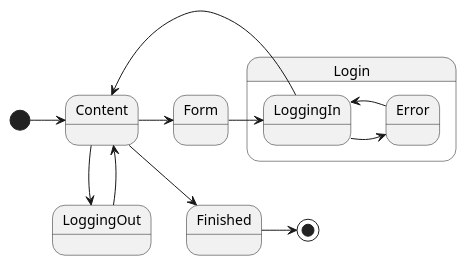
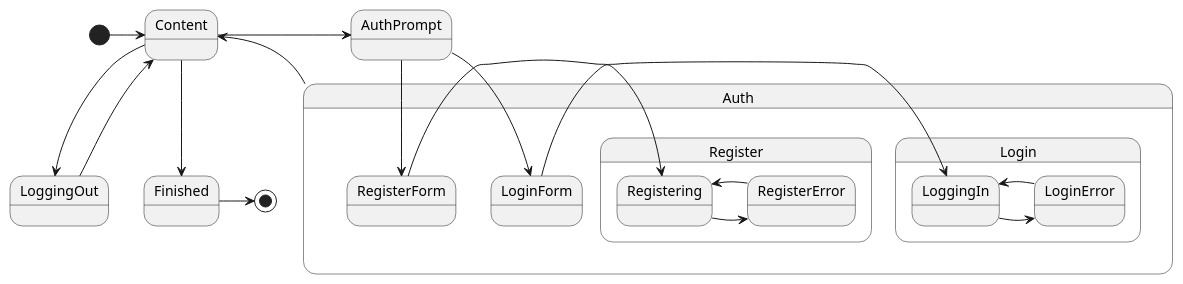
One commit to merion-networks/android-course changed the diagram in statemachine/statemachine/composeApp/src/commonMain/kotlin/com/motorro/statemachine/statemachine/App.puml. Above: the diagram before and after it, drawn with PlantUML. The commit also changed 37 other files, not shown here.

Commit message:
Modularized auth, login, registration Refs: #34

```diff
--- a/statemachine/statemachine/composeApp/src/commonMain/kotlin/com/motorro/statemachine/statemachine/App.puml
+++ b/statemachine/statemachine/composeApp/src/commonMain/kotlin/com/motorro/statemachine/statemachine/App.puml
@@ -1,22 +1,36 @@
 @startuml
 'https://plantuml.com/state-diagram
 
 [*] -> Content
 
-Content -> Form
+Content -> AuthPrompt
 Content -> LoggingOut
 Content --> Finished
 
 Finished -> [*]
 
-state Login {
-  state Form
-  Form -> LoggingIn
-  LoggingIn -> Error
-  Error -left-> LoggingIn
-  LoggingIn -left-> Content
+state Auth {
+    state AuthPrompt
+
+    AuthPrompt --> LoginForm
+    AuthPrompt --> RegisterForm
+
+    state Login {
+      state LoginForm
+      LoginForm -> LoggingIn
+      LoggingIn -> LoginError
+      LoginError -left-> LoggingIn
+    }
+
+    state Register {
+      state RegisterForm
+      RegisterForm -> Registering
+      Registering -> RegisterError
+      RegisterError -left-> Registering
+    }
 }
 
+Auth --> Content
 LoggingOut --> Content
 
 @enduml
```
